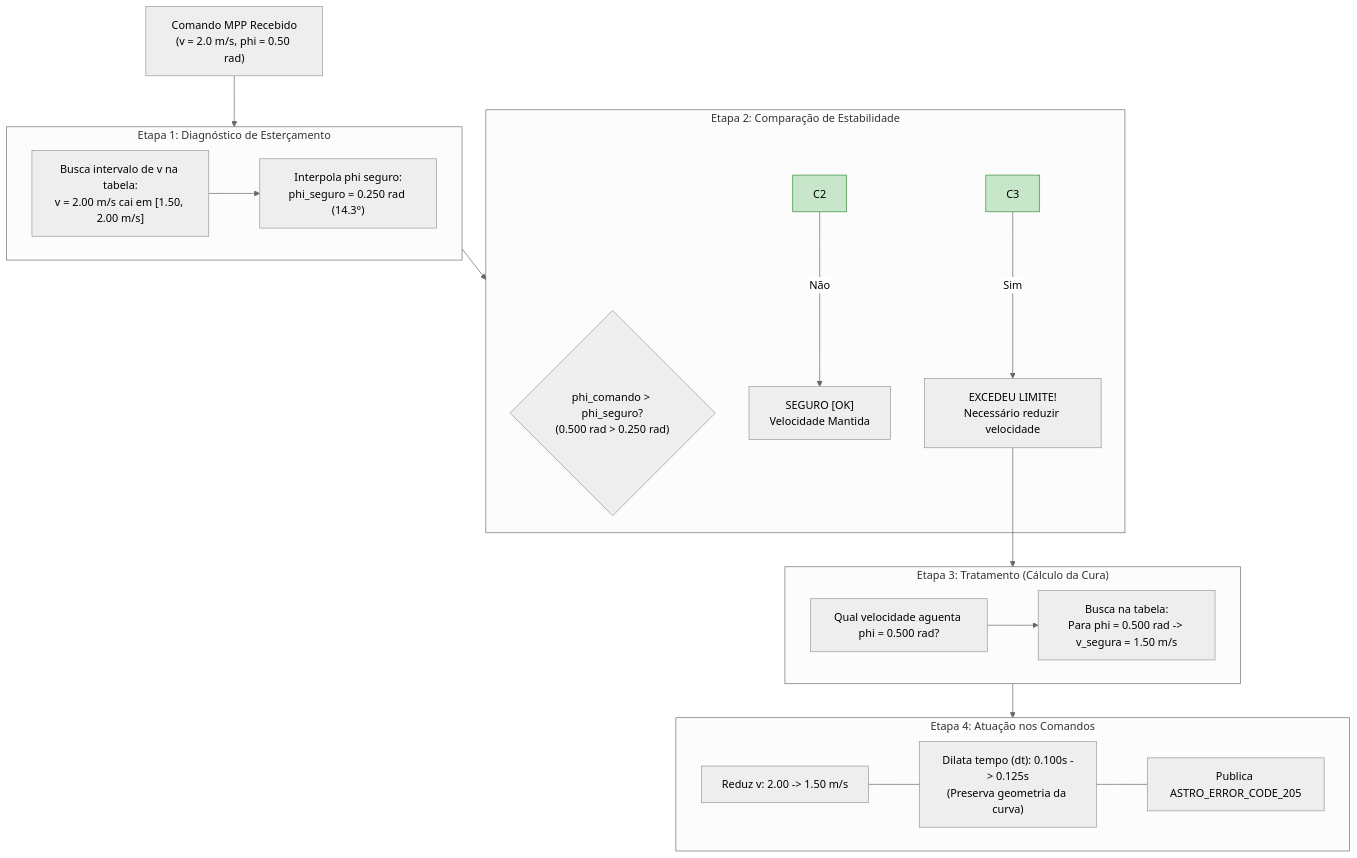
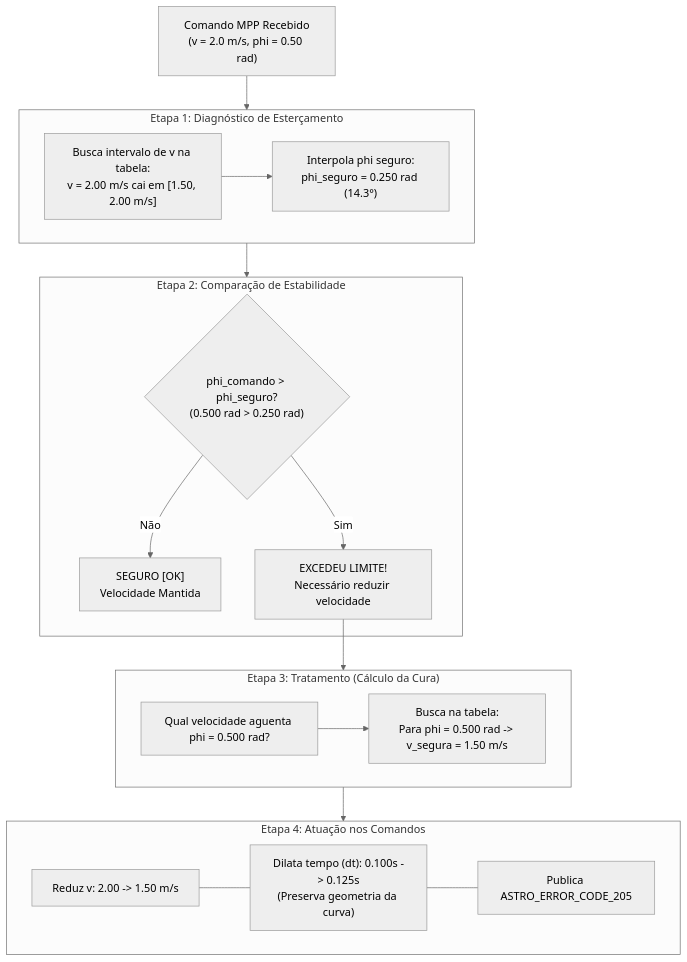
The second of 2 diagrams in README.md (BrenoCSilva/lume), drawn with Mermaid (neutral theme) before and after one commit.

Commit message:
Refactor decision logic in README flowchart

````diff
--- a/README.md
+++ b/README.md
@@ -71,35 +71,33 @@
 ```mermaid
 flowchart TD
     CMD["Comando MPP Recebido<br>(v = 2.0 m/s, phi = 0.50 rad)"] --> E1
     
     subgraph E1 ["Etapa 1: Diagnóstico de Esterçamento"]
         D1["Busca intervalo de v na tabela:<br>v = 2.00 m/s cai em [1.50, 2.00 m/s]"]
         D1 --> D2["Interpola phi seguro:<br>phi_seguro = 0.250 rad (14.3°)"]
     end
     
     E1 --> E2
     
     subgraph E2 ["Etapa 2: Comparação de Estabilidade"]
         C1{"phi_comando > phi_seguro?<br>(0.500 rad > 0.250 rad)"}
-        C2 -->|Não| OK["SEGURO [OK]<br>Velocidade Mantida"]
-        C3 -->|Sim| ALERTA["EXCEDEU LIMITE!<br>Necessário reduzir velocidade"]
-        style C2 fill:#c8e6c9,stroke:#388e3c,color:#000
-        style C3 fill:#c8e6c9,stroke:#388e3c,color:#000
+        C1 -->|Não| OK["SEGURO [OK]<br>Velocidade Mantida"]
+        C1 -->|Sim| ALERTA["EXCEDEU LIMITE!<br>Necessário reduzir velocidade"]
     end
     
     ALERTA --> E3
     
     subgraph E3 ["Etapa 3: Tratamento (Cálculo da Cura)"]
         T1["Qual velocidade aguenta phi = 0.500 rad?"]
         T1 --> T2["Busca na tabela:<br>Para phi = 0.500 rad -> v_segura = 1.50 m/s"]
     end
     
     E3 --> E4
     
     subgraph E4 ["Etapa 4: Atuação nos Comandos"]
         A1["Reduz v: 2.00 -> 1.50 m/s"]
         A2["Dilata tempo (dt): 0.100s -> 0.125s<br>(Preserva geometria da curva)"]
         A3["Publica ASTRO_ERROR_CODE_205"]
         A1 --- A2 --- A3
     end
 ```
````
